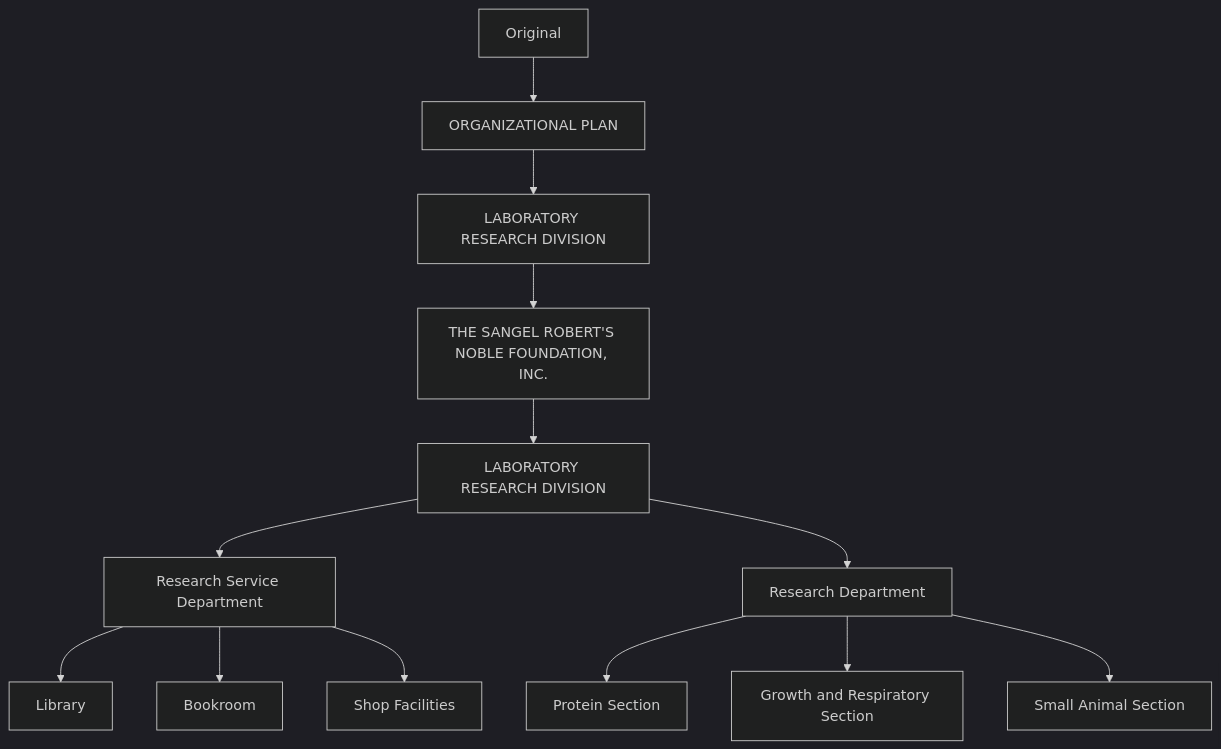
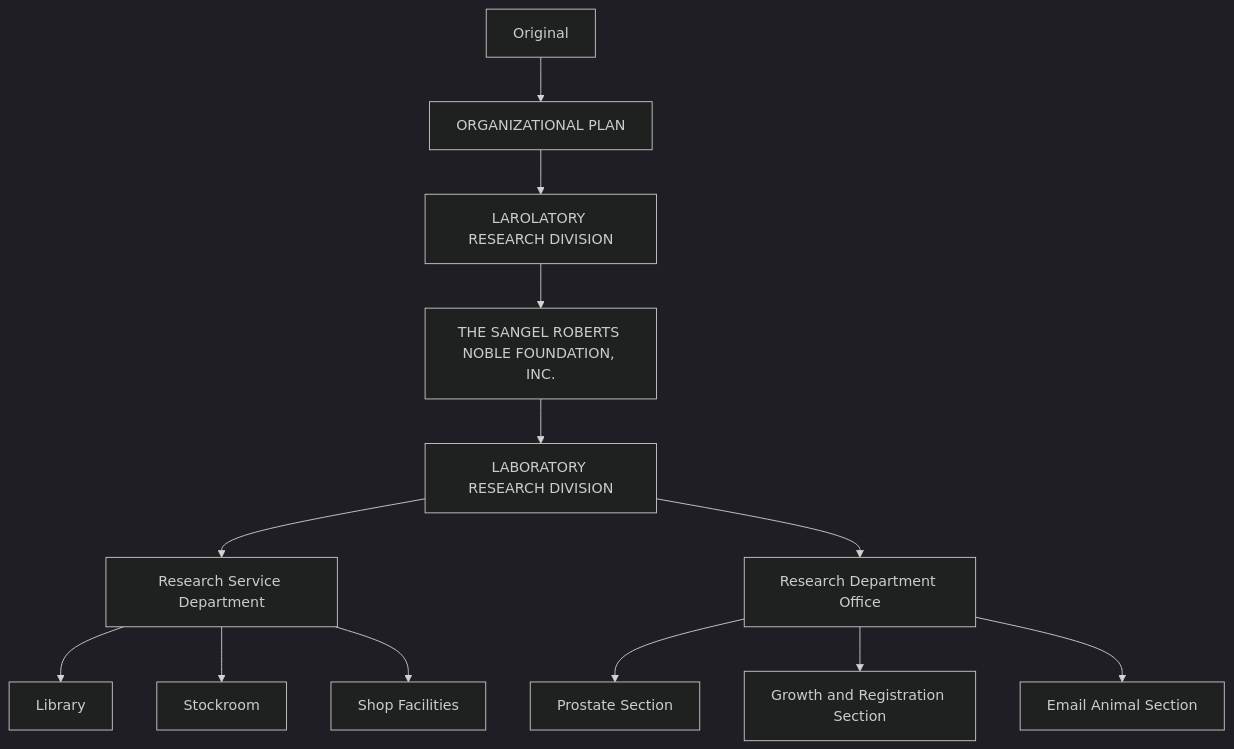
The second of 4 diagrams in assets/mineru/2606.14782/full.md (Jaywalk18/visual-ssl-digest), drawn with Mermaid (dark theme) before and after one commit. The commit also changed other lines of this file and 15 other files, not shown here.

````diff
--- a/assets/mineru/2606.14782/full.md
+++ b/assets/mineru/2606.14782/full.md
@@ -829,15 +823,15 @@
 ```mermaid
 graph TD
   A["Original"] --> B["ORGANIZATIONAL PLAN"]
-  B --> C["LABORATORY RESEARCH DIVISION"]
-  C --> D["THE SANGEL ROBERT'S NOBLE FOUNDATION, INC."]
+  B --> C["LAROLATORY RESEARCH DIVISION"]
+  C --> D["THE SANGEL ROBERTS NOBLE FOUNDATION, INC."]
   D --> E["LABORATORY RESEARCH DIVISION"]
   E --> F["Research Service Department"]
-  E --> G["Research Department"]
+  E --> G["Research Department Office"]
   F --> H["Library"]
-  F --> I["Bookroom"]
+  F --> I["Stockroom"]
   F --> J["Shop Facilities"]
-  G --> K["Protein Section"]
-  G --> L["Growth and Respiratory Section"]
-  G --> M["Small Animal Section"]
+  G --> K["Prostate Section"]
+  G --> L["Growth and Registration Section"]
+  G --> M["Email Animal Section"]
 ```
````
